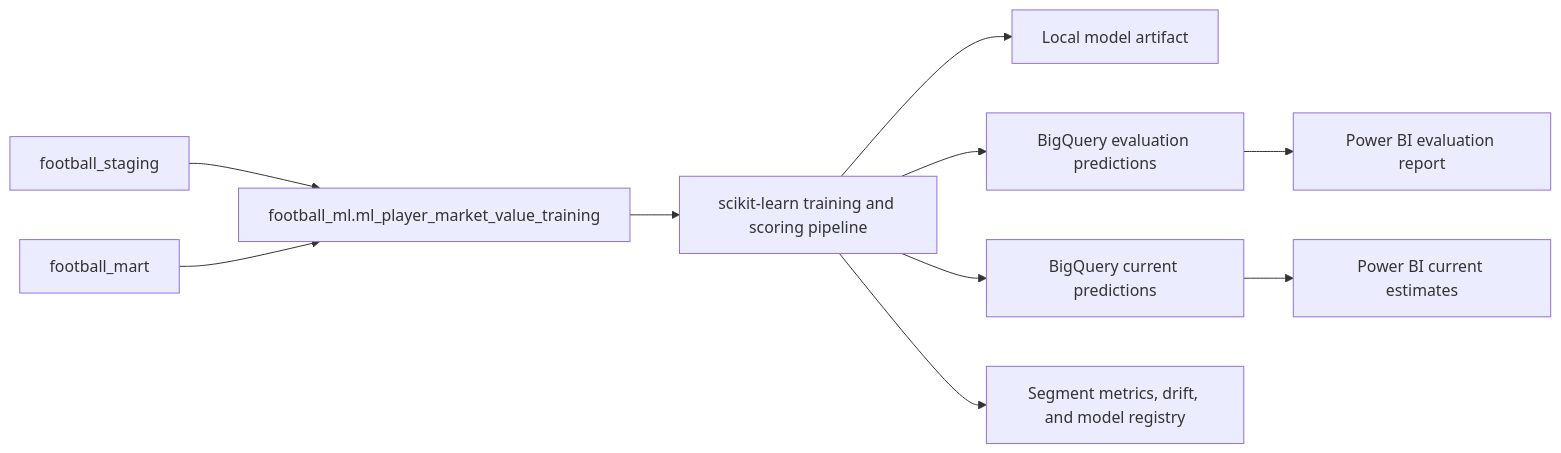
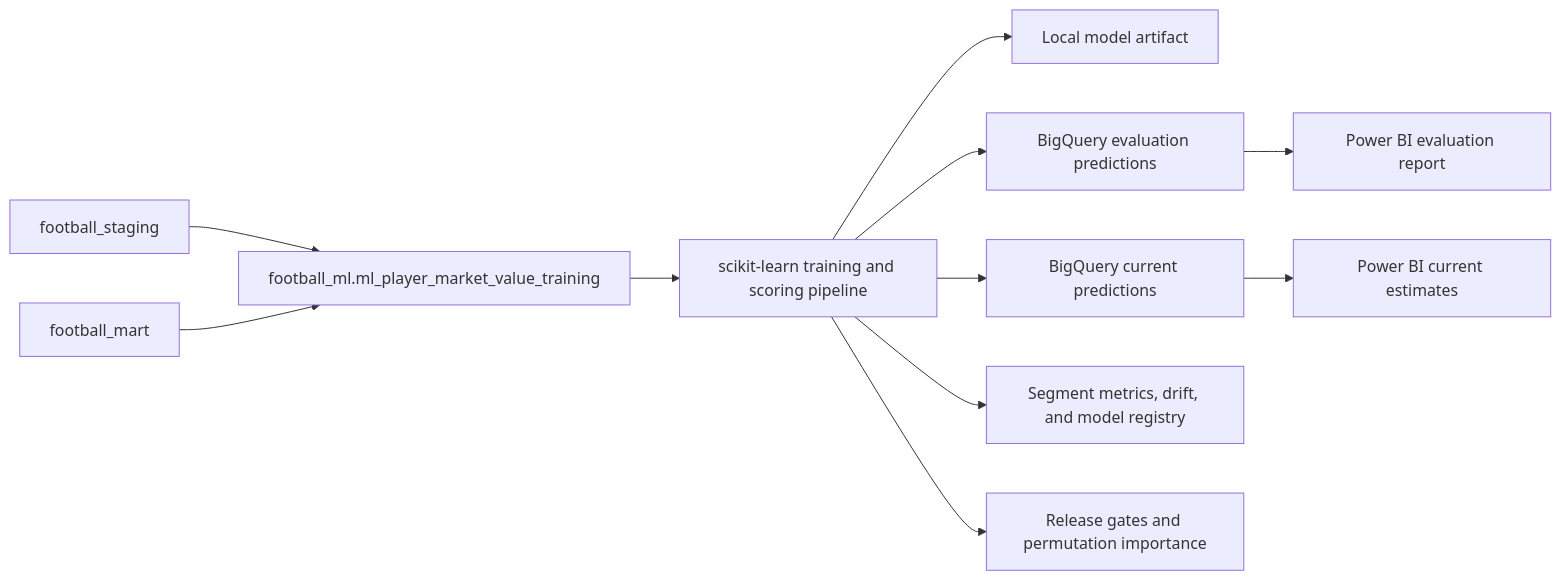
Before and after one commit to ilknurdenizozturk/football-player-performance-analysis: the diagram in docs/PLAYER_MARKET_VALUE_ML.md, drawn with Mermaid. The commit also changed other lines of this file and 11 other files, not shown here.

````diff
--- a/docs/PLAYER_MARKET_VALUE_ML.md
+++ b/docs/PLAYER_MARKET_VALUE_ML.md
@@ -11,12 +11,13 @@
 ```mermaid
 flowchart LR
     A["football_staging"] --> C["football_ml.ml_player_market_value_training"]
     B["football_mart"] --> C
     C --> D["scikit-learn training and scoring pipeline"]
     D --> E["Local model artifact"]
     D --> F["BigQuery evaluation predictions"]
     D --> H["BigQuery current predictions"]
     D --> J["Segment metrics, drift, and model registry"]
+    D --> K["Release gates and permutation importance"]
     F --> G["Power BI evaluation report"]
     H --> I["Power BI current estimates"]
 ```
````
